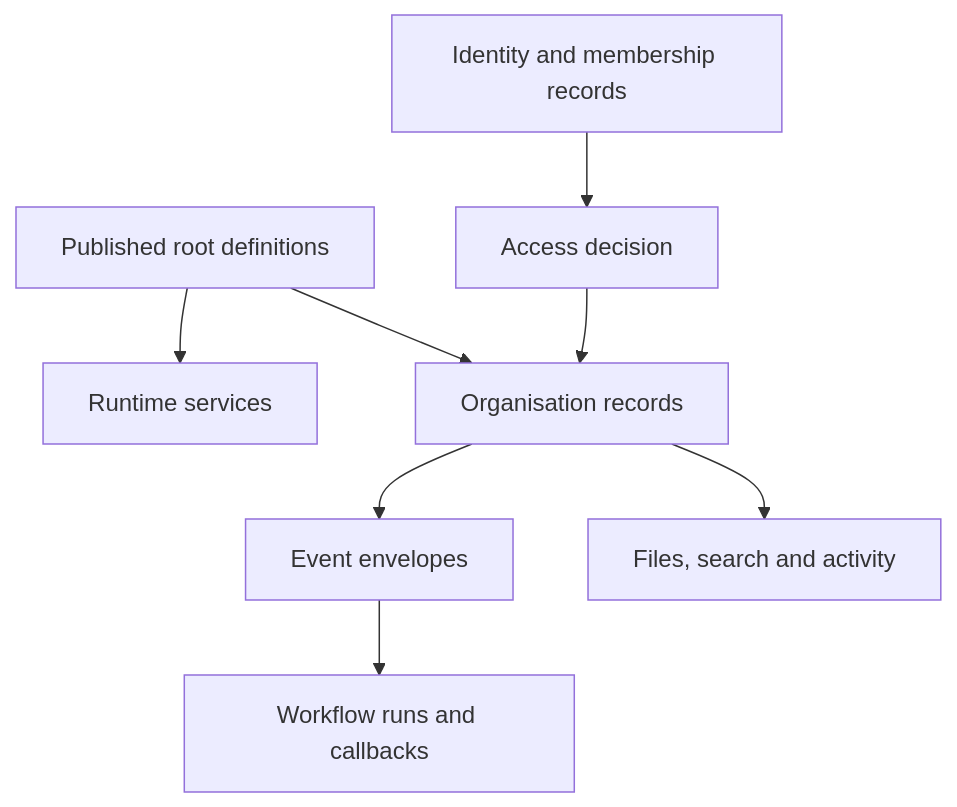
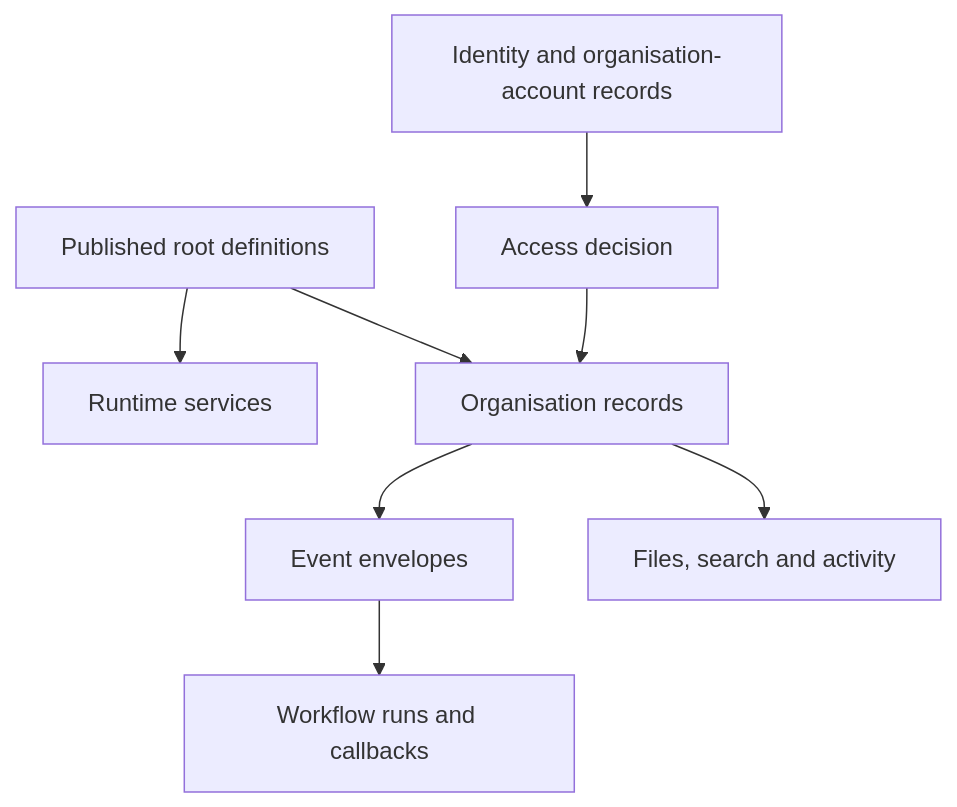
The diagram in docs/specification/appendices/data-contracts.md (Abzum-NZ/Abzum-Vortex), drawn with Mermaid before and after one commit. The commit also changed other lines of this file and 21 other files, not shown here.

````diff
--- a/docs/specification/appendices/data-contracts.md
+++ b/docs/specification/appendices/data-contracts.md
@@ -7,10 +7,10 @@
 ```mermaid
 flowchart TD
     DEF[Published root definitions] --> RUNTIME[Runtime services]
-    ID[Identity and membership records] --> ACCESS[Access decision]
+    ID[Identity and organisation-account records] --> ACCESS[Access decision]
     ACCESS --> RECORD[Organisation records]
     DEF --> RECORD
     RECORD --> EVENT[Event envelopes]
     EVENT --> RUN[Workflow runs and callbacks]
     RECORD --> FILE[Files, search and activity]
 ```
````
